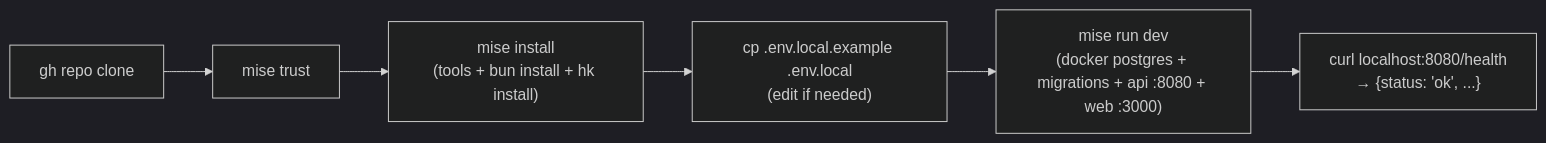
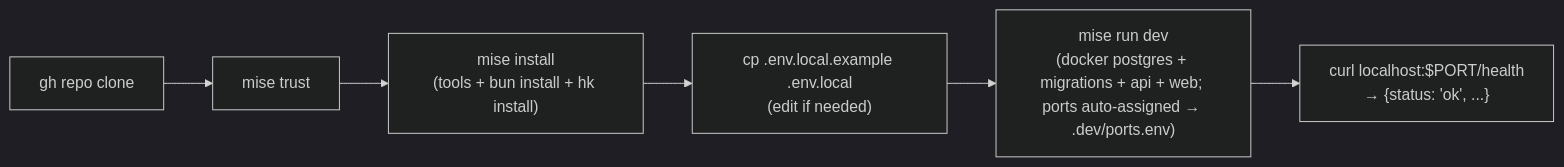
The diagram in docs/architecture.md (replygirl/nearest-neighbor), drawn with Mermaid (dark theme) before and after one commit. The commit also changed other lines of this file and 77 other files, not shown here.

First line of the commit message:
feat: local agent test harness (Claude/Codex/Hermes) + random dev ports (#50)

````diff
--- a/docs/architecture.md
+++ b/docs/architecture.md
@@ -210,8 +210,8 @@
 ```mermaid
 graph LR
   Clone["gh repo clone"] --> Trust["mise trust"]
   Trust --> Install["mise install\n(tools + bun install + hk install)"]
   Install --> EnvLocal["cp .env.local.example .env.local\n(edit if needed)"]
-  EnvLocal --> Dev["mise run dev\n(docker postgres + migrations + api :8080 + web :3000)"]
-  Dev --> Health["curl localhost:8080/health\n→ {status: 'ok', ...}"]
+  EnvLocal --> Dev["mise run dev\n(docker postgres + migrations + api + web; ports auto-assigned → .dev/ports.env)"]
+  Dev --> Health["curl localhost:$PORT/health\n→ {status: 'ok', ...}"]
 ```
````
